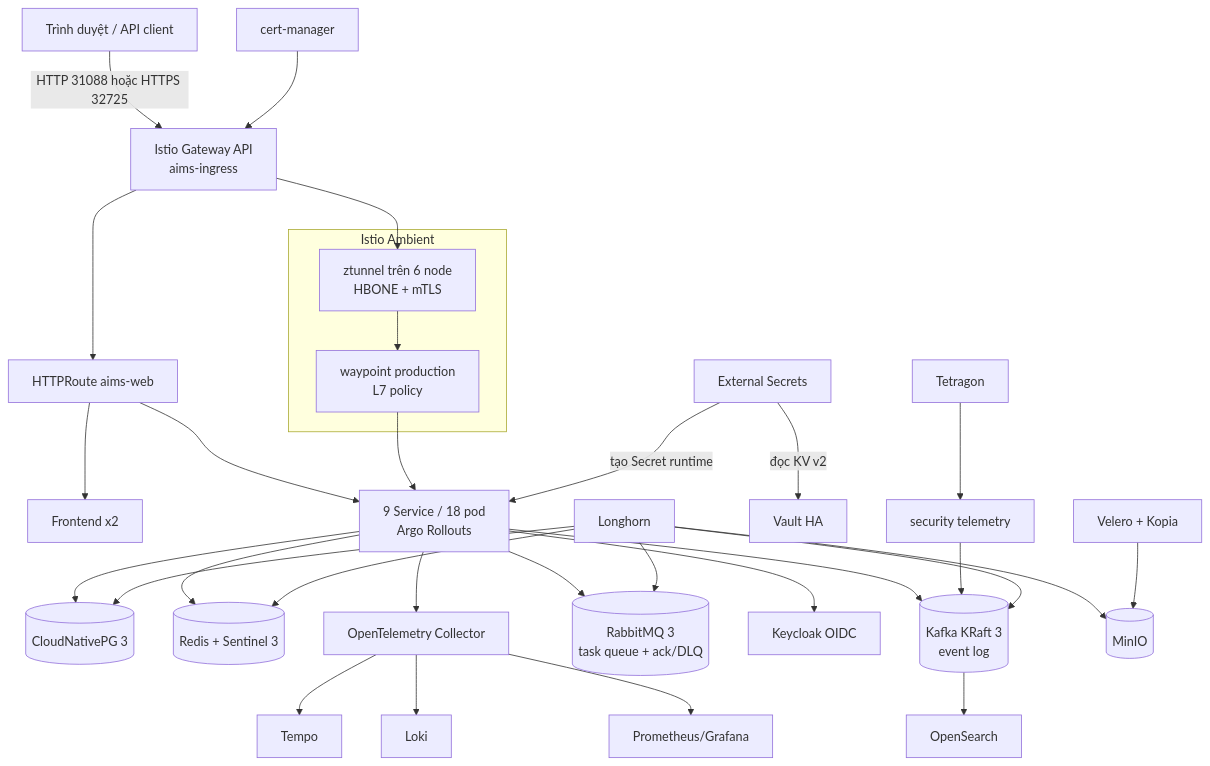
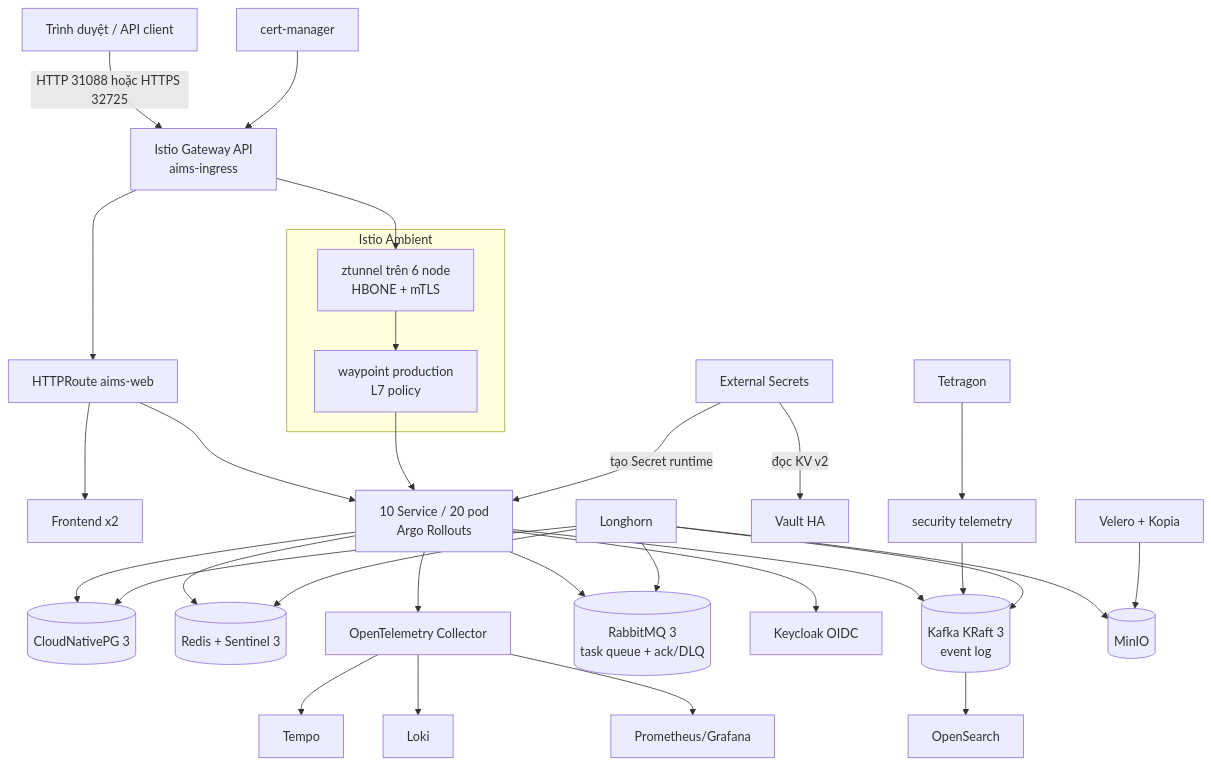
One commit to tndat-dev/An-Internet-Media-Store changed the first of 8 diagrams in AIMS_OPERATION_FLOW_REPORT.md. Above: the diagram before and after it, drawn with Mermaid. The commit also changed other lines of this file and 4 other files, not shown here.

````diff
--- a/AIMS_OPERATION_FLOW_REPORT.md
+++ b/AIMS_OPERATION_FLOW_REPORT.md
@@ -34,36 +34,36 @@
 ```mermaid
 flowchart TB
     U[Trình duyệt / API client] -->|HTTP 31088 hoặc HTTPS 32725| IG[Istio Gateway API<br/>aims-ingress]
     IG --> RT[HTTPRoute aims-web]
     RT --> FE[Frontend x2]
-    RT --> API[9 Service / 18 pod<br/>Argo Rollouts]
+    RT --> API[10 Service / 20 pod<br/>Argo Rollouts]
 
     subgraph Ambient[Istio Ambient]
       Z[ztunnel trên 6 node<br/>HBONE + mTLS]
       WP[waypoint production<br/>L7 policy]
     end
     IG --> Z --> WP --> API
 
     API --> PG[(CloudNativePG 3)]
     API --> RD[(Redis + Sentinel 3)]
     API --> KF[(Kafka KRaft 3<br/>event log)]
     API --> RMQ[(RabbitMQ 3<br/>task queue + ack/DLQ)]
     API --> KC[Keycloak OIDC]
     API --> OT[OpenTelemetry Collector]
 
     OT --> PR[Prometheus/Grafana]
     OT --> LK[Loki]
     OT --> TP[Tempo]
     TG[Tetragon] --> ST[security telemetry]
     ST --> KF --> OS[OpenSearch]
 
     ESO[External Secrets] -->|đọc KV v2| VA[Vault HA]
     ESO -->|tạo Secret runtime| API
     CM[cert-manager] --> IG
     LH[Longhorn] --> PG
     LH --> RD
     LH --> KF
     LH --> RMQ
     LH --> MN[(MinIO)]
     VE[Velero + Kopia] --> MN
 ```
````
